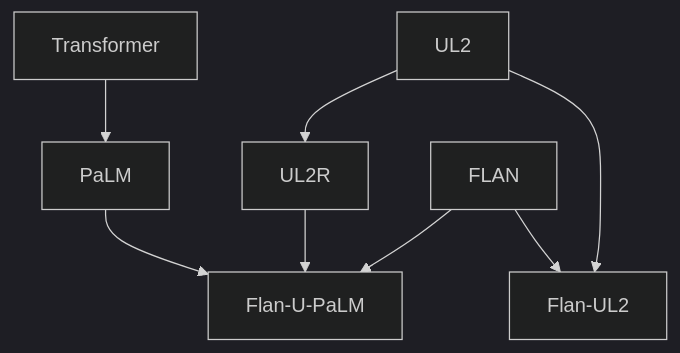
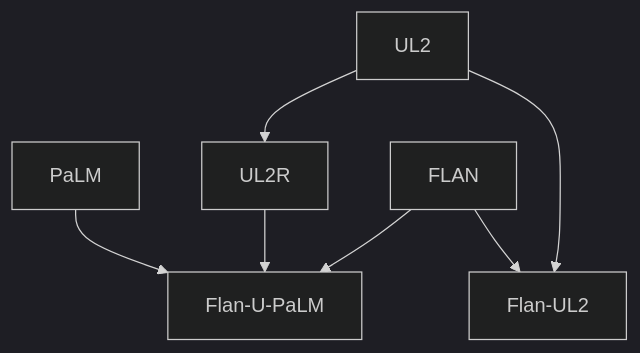
One commit to ted-sharp/chatvox changed diagram 14 of 21 in doc/llm.md. Above: the diagram before and after it, drawn with Mermaid (dark theme). The commit also changed other lines of this file, not shown here.

````diff
--- a/doc/llm.md
+++ b/doc/llm.md
@@ -606,9 +574,9 @@
 ```mermaid
 flowchart
 
-Transformer --> PaLM --> Flan-U-PaLM
+PaLM --> Flan-U-PaLM
 UL2 --> UL2R --> Flan-U-PaLM
 FLAN --> Flan-U-PaLM
 UL2 --> Flan-UL2
 FLAN --> Flan-UL2
 ```
````
